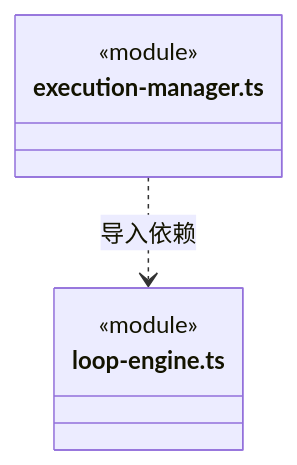
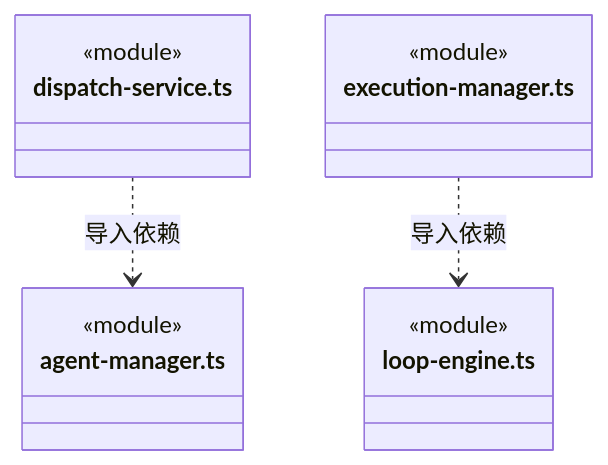
One commit to nan023062/cbim changed the fifth of 6 diagrams in src/backend/scheduler-engine/execution/ARCHITECTURE.md. Above: the diagram before and after it, drawn with Mermaid. The commit also changed other lines of this file and 211 other files, not shown here.

````diff
--- a/src/backend/scheduler-engine/execution/ARCHITECTURE.md
+++ b/src/backend/scheduler-engine/execution/ARCHITECTURE.md
@@ -91,10 +139,17 @@
 ```mermaid
 classDiagram
+class N_src_backend_scheduler_engine_execution_dispatch_service_ts["dispatch-service.ts"] {
+  <<module>>
+}
+class N_src_backend_scheduler_engine_execution_agent_manager_ts["agent-manager.ts"] {
+  <<module>>
+}
 class N_src_backend_scheduler_engine_execution_execution_manager_ts["execution-manager.ts"] {
   <<module>>
 }
 class N_src_backend_scheduler_engine_execution_loop_engine_ts["loop-engine.ts"] {
   <<module>>
 }
+N_src_backend_scheduler_engine_execution_dispatch_service_ts ..> N_src_backend_scheduler_engine_execution_agent_manager_ts : 导入依赖
 N_src_backend_scheduler_engine_execution_execution_manager_ts ..> N_src_backend_scheduler_engine_execution_loop_engine_ts : 导入依赖
 ```
````
